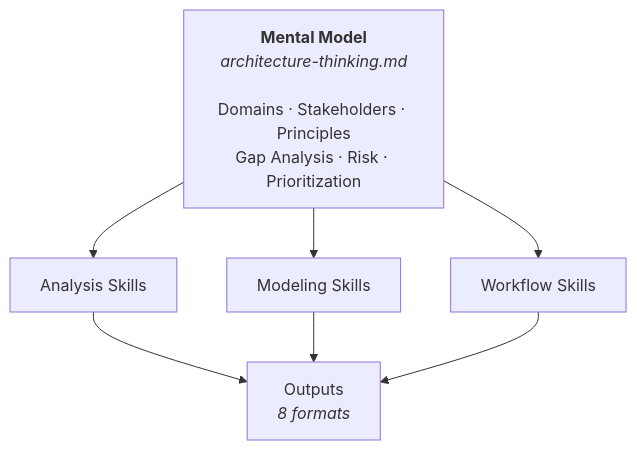
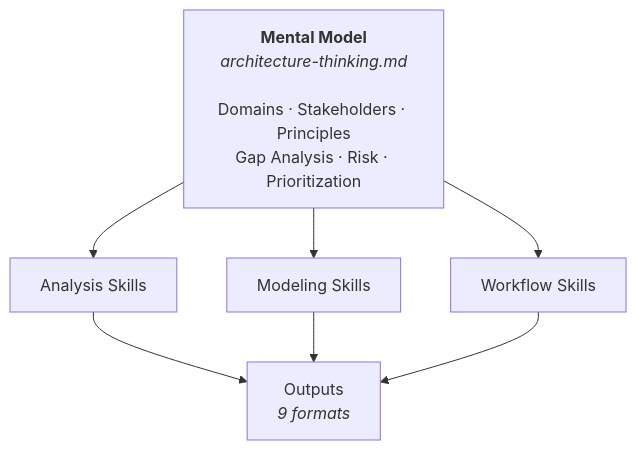
Before and after one commit to quantum-crowbar/quantum-toolbox: the diagram in README.md, drawn with Mermaid. The commit also changed other lines of this file, not shown here.

Commit message:
docs(readme): update quick start for /start command, session flow, overview bullets v3.0

````diff
--- a/README.md
+++ b/README.md
@@ -101,12 +104,12 @@
 ```mermaid
 graph TD
     MM["<b>Mental Model</b><br/><i>architecture-thinking.md</i><br/><br/>Domains · Stakeholders · Principles<br/>Gap Analysis · Risk · Prioritization"]
 
     MM --> A["Analysis Skills"]
     MM --> M["Modeling Skills"]
     MM --> W["Workflow Skills"]
 
-    A --> O["Outputs<br/><i>8 formats</i>"]
+    A --> O["Outputs<br/><i>9 formats</i>"]
     M --> O
     W --> O
 ```
````
